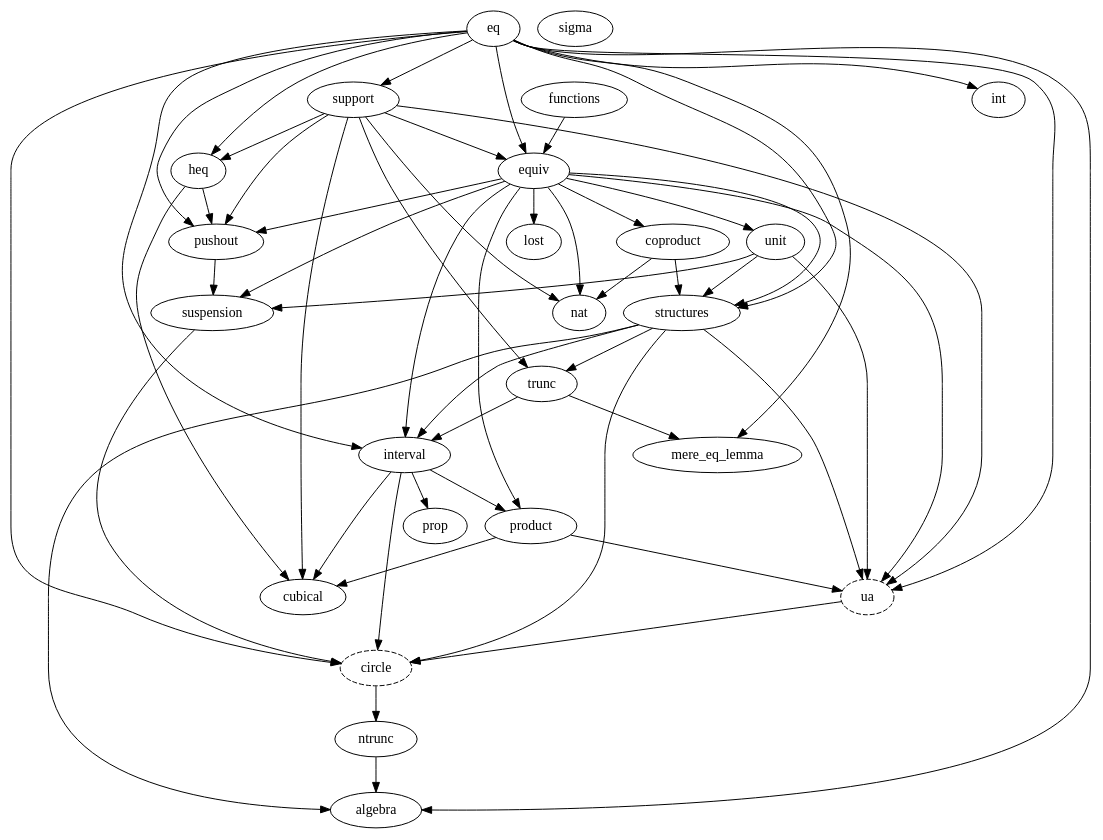
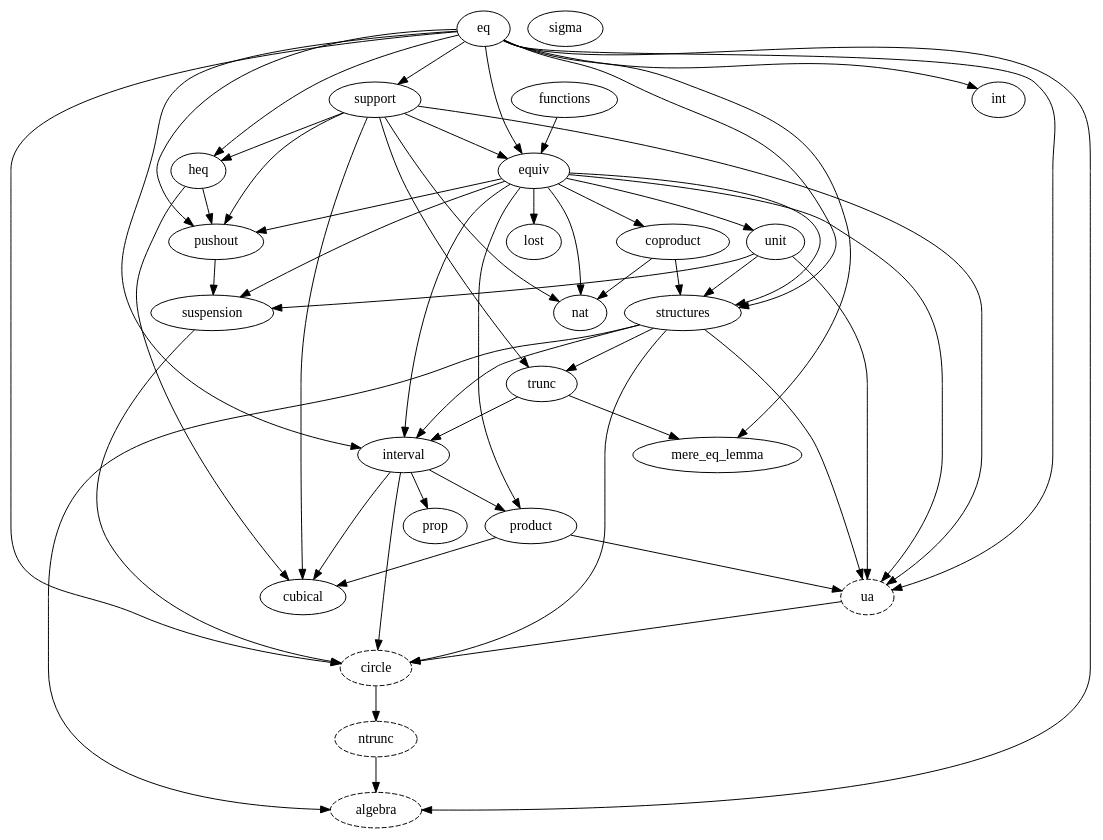
Before and after one commit to forked-from-1kasper/ground_zero: the diagram in dependency_map.gv, drawn with Graphviz. The commit also changed 4 other files, not shown here.

```diff
--- a/dependency_map.gv
+++ b/dependency_map.gv
@@ -1,80 +1,82 @@
 digraph dependency_map {
+  algebra [style=dashed]
   ntrunc -> algebra
   structures -> algebra
   eq -> algebra
 
   circle [style=dashed]
   suspension -> circle
   structures -> circle
   interval -> circle
   eq -> circle
   ua -> circle
 
   equiv -> coproduct
 
   interval -> cubical
   heq -> cubical
   support -> cubical
   product -> cubical
 
   eq -> heq
   support -> heq
 
   eq -> equiv
   support -> equiv
   functions -> equiv
 
   eq -> int
 
   trunc -> interval
   eq -> interval
   structures -> interval
   equiv -> interval
 
   eq -> mere_eq_lemma
   trunc -> mere_eq_lemma
 
+  ntrunc [style=dashed]
   circle -> ntrunc
 
   equiv -> product
   interval -> product
 
   interval -> prop
 
   heq -> pushout
   eq -> pushout
   support -> pushout
   equiv -> pushout
 
   unit -> structures
   equiv -> structures
   eq -> structures
   coproduct -> structures
 
   eq -> support
 
   pushout -> suspension
   unit -> suspension
   equiv -> suspension
 
   structures -> trunc
   support -> trunc
 
   ua [style=dashed]
   equiv -> ua
   eq -> ua
   structures -> ua
   unit -> ua
   support -> ua
   product -> ua
 
   equiv -> unit
 
   equiv -> nat
   coproduct -> nat
   support -> nat
 
   equiv -> lost
 
   sigma
 }
```
